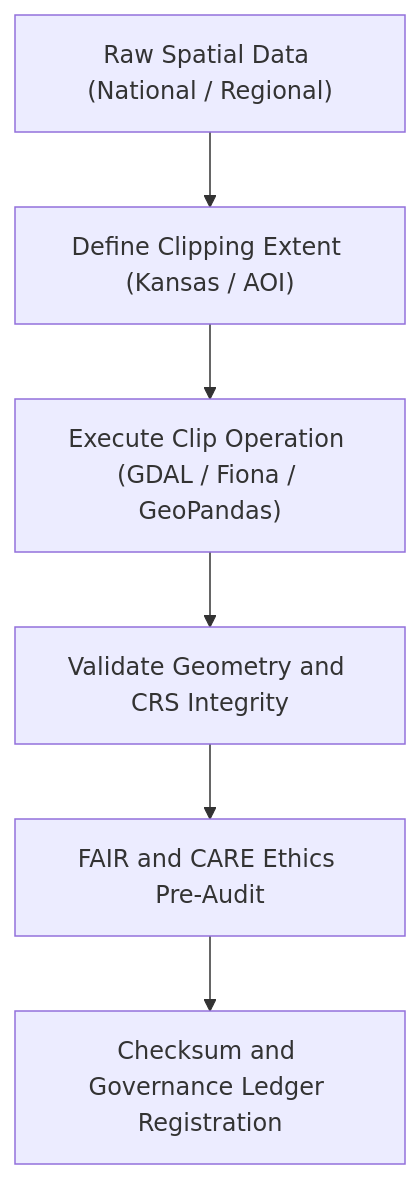
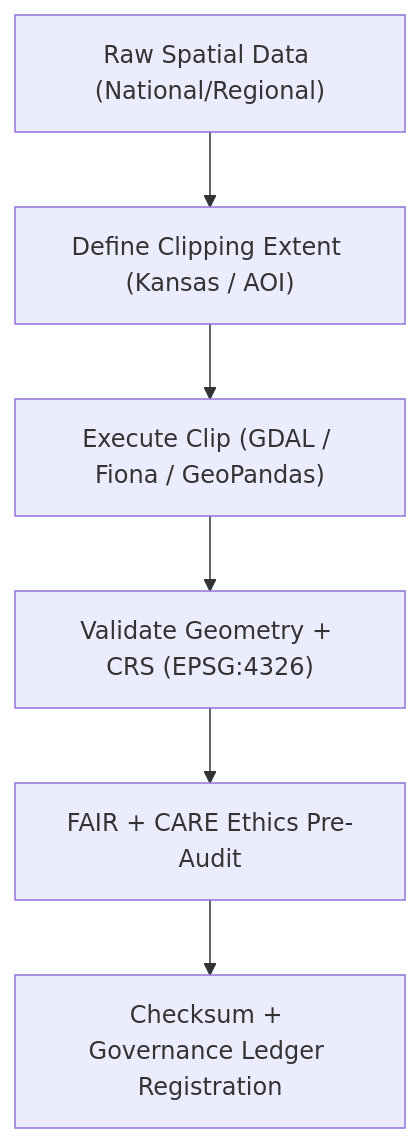
One commit to bartytime4life/Kansas-Frontier-Matrix changed the diagram in data/work/staging/spatial/tmp/clipping/README.md. Above: the diagram before and after it, drawn with Mermaid. The commit also changed other lines of this file, not shown here.

````diff
--- a/data/work/staging/spatial/tmp/clipping/README.md
+++ b/data/work/staging/spatial/tmp/clipping/README.md
@@ -63,8 +66,8 @@
 ```mermaid
 flowchart TD
-    A["Raw Spatial Data (National / Regional)"] --> B["Define Clipping Extent (Kansas / AOI)"]
-    B --> C["Execute Clip Operation (GDAL / Fiona / GeoPandas)"]
-    C --> D["Validate Geometry and CRS Integrity"]
-    D --> E["FAIR and CARE Ethics Pre-Audit"]
-    E --> F["Checksum and Governance Ledger Registration"]
+    A["Raw Spatial Data (National/Regional)"] --> B["Define Clipping Extent (Kansas / AOI)"]
+    B --> C["Execute Clip (GDAL / Fiona / GeoPandas)"]
+    C --> D["Validate Geometry + CRS (EPSG:4326)"]
+    D --> E["FAIR + CARE Ethics Pre-Audit"]
+    E --> F["Checksum + Governance Ledger Registration"]
 ```
````
